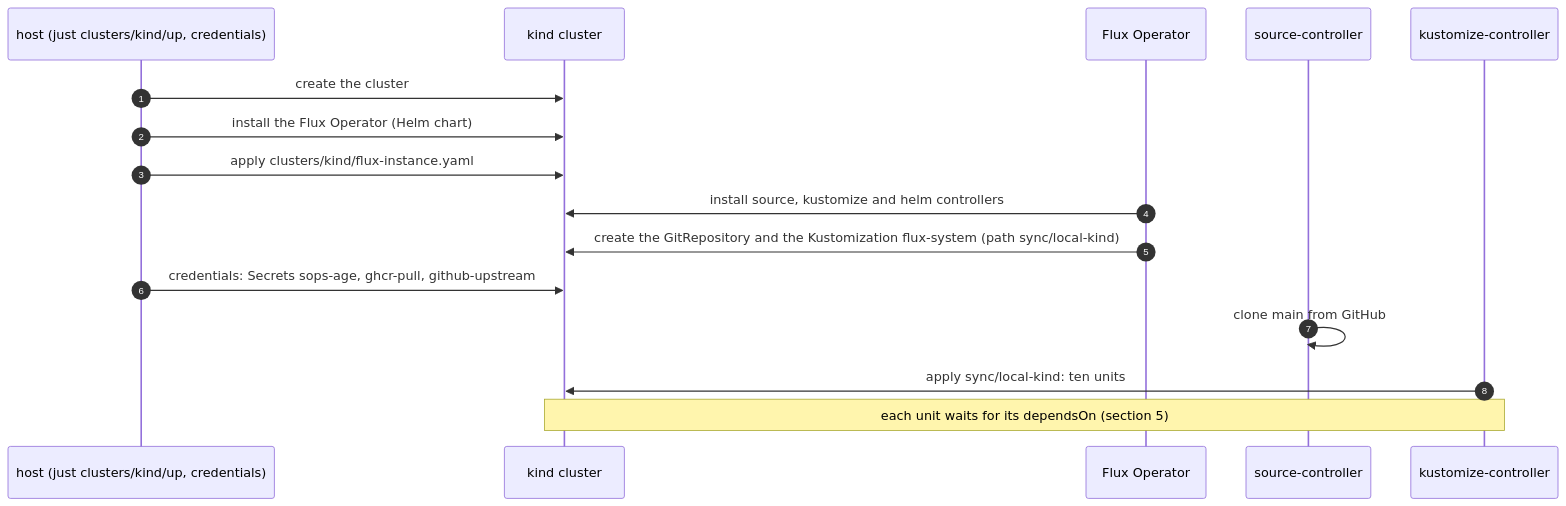
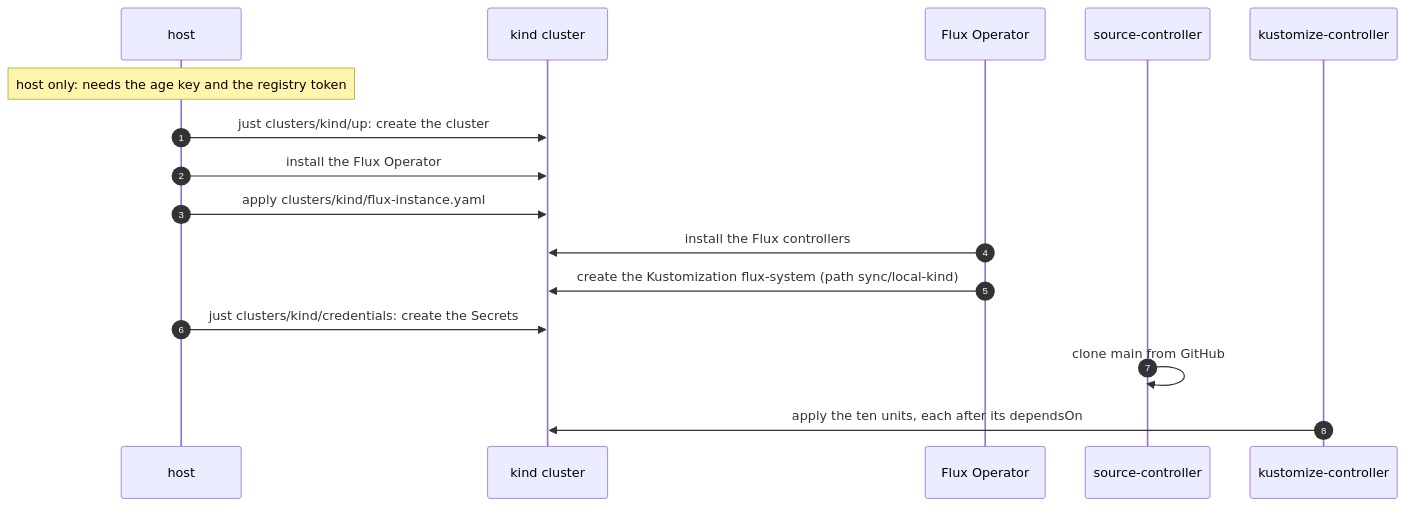
Before and after one commit to raghav19/engineersdaybook: the first of 3 diagrams in code/mcp-sandbox/part-3-mcp-guardrails/docs/orchestration.md, drawn with Mermaid. The commit also changed other lines of this file and 1 other file, not shown here.

````diff
--- a/code/mcp-sandbox/part-3-mcp-guardrails/docs/orchestration.md
+++ b/code/mcp-sandbox/part-3-mcp-guardrails/docs/orchestration.md
@@ -57,19 +46,19 @@
 ```mermaid
 sequenceDiagram
     autonumber
-    participant H as host (just clusters/kind/up, credentials)
+    participant H as host
     participant K as kind cluster
     participant O as Flux Operator
     participant S as source-controller
     participant C as kustomize-controller
 
-    H->>K: create the cluster
-    H->>K: install the Flux Operator (Helm chart)
+    Note over H: host only: needs the age key and the registry token
+    H->>K: just clusters/kind/up: create the cluster
+    H->>K: install the Flux Operator
     H->>K: apply clusters/kind/flux-instance.yaml
-    O->>K: install source, kustomize and helm controllers
-    O->>K: create the GitRepository and the Kustomization flux-system (path sync/local-kind)
-    H->>K: credentials: Secrets sops-age, ghcr-pull, github-upstream
+    O->>K: install the Flux controllers
+    O->>K: create the Kustomization flux-system (path sync/local-kind)
+    H->>K: just clusters/kind/credentials: create the Secrets
     S->>S: clone main from GitHub
-    C->>K: apply sync/local-kind: ten units
-    Note over C,K: each unit waits for its dependsOn (section 5)
+    C->>K: apply the ten units, each after its dependsOn
 ```
````
